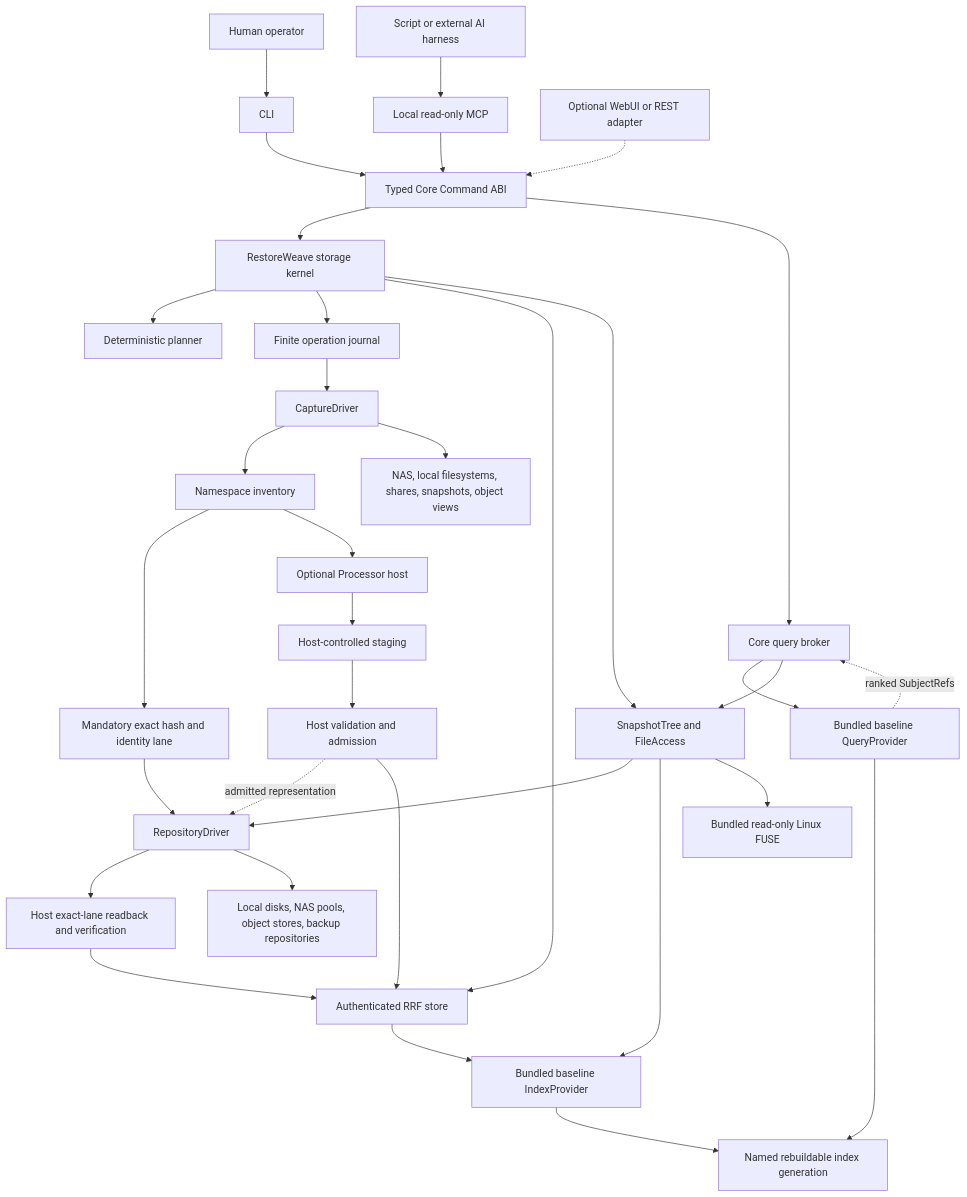
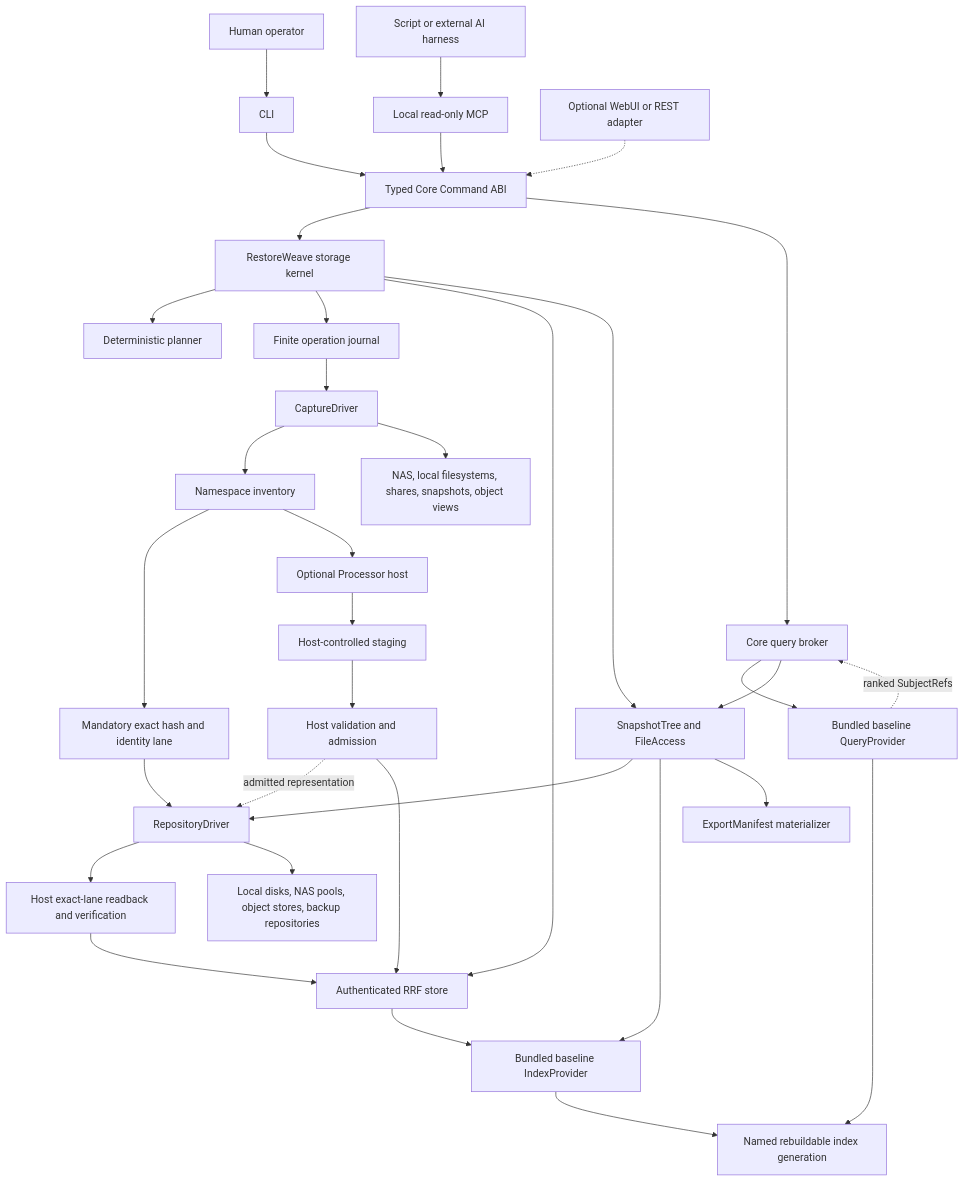
One commit to ailiheizi/restoreweave changed the diagram in docs/technical/core-protocol-and-reference-userland.md. Above: the diagram before and after it, drawn with Mermaid. The commit also changed other lines of this file and 108 other files, not shown here.

```diff
--- a/docs/technical/core-protocol-and-reference-userland.md
+++ b/docs/technical/core-protocol-and-reference-userland.md
@@ -102,40 +103,40 @@
 ~~~mermaid
 flowchart TB
     Human["Human operator"] --> CLI["CLI"]
     Automation["Script or external AI harness"] --> MCP["Local read-only MCP"]
     UI["Optional WebUI or REST adapter"] -.-> ABI["Typed Core Command ABI"]
     CLI --> ABI
     MCP --> ABI
 
     ABI --> Kernel["RestoreWeave storage kernel"]
     Kernel --> Planner["Deterministic planner"]
     Kernel --> Journal["Finite operation journal"]
     Kernel --> Records["Authenticated RRF store"]
     Kernel --> Access["SnapshotTree and FileAccess"]
 
     Journal --> Capture["CaptureDriver"]
     Capture --> Inventory["Namespace inventory"]
     Inventory --> ExactLane["Mandatory exact hash and identity lane"]
     ExactLane --> Repository["RepositoryDriver"]
     Repository --> ExactVerify["Host exact-lane readback and verification"]
     ExactVerify --> Records
     Inventory --> Processor["Optional Processor host"]
     Processor --> Staging["Host-controlled staging"]
     Staging --> Admission["Host validation and admission"]
     Admission -. "admitted representation" .-> Repository
     Admission --> Records
     Access --> Repository
 
     Records --> IndexProvider["Bundled baseline IndexProvider"]
     Access --> IndexProvider
     IndexProvider --> Generation["Named rebuildable index generation"]
     ABI --> QueryBroker["Core query broker"]
     QueryBroker --> QueryProvider["Bundled baseline QueryProvider"]
     QueryProvider --> Generation
     QueryProvider -. "ranked SubjectRefs" .-> QueryBroker
     QueryBroker --> Access
-    Access --> Fuse["Bundled read-only Linux FUSE"]
+    Access --> Export["ExportManifest materializer"]
 
     Capture --> Sources["NAS, local filesystems, shares, snapshots, object views"]
     Repository --> Storage["Local disks, NAS pools, object stores, backup repositories"]
 ~~~
```
